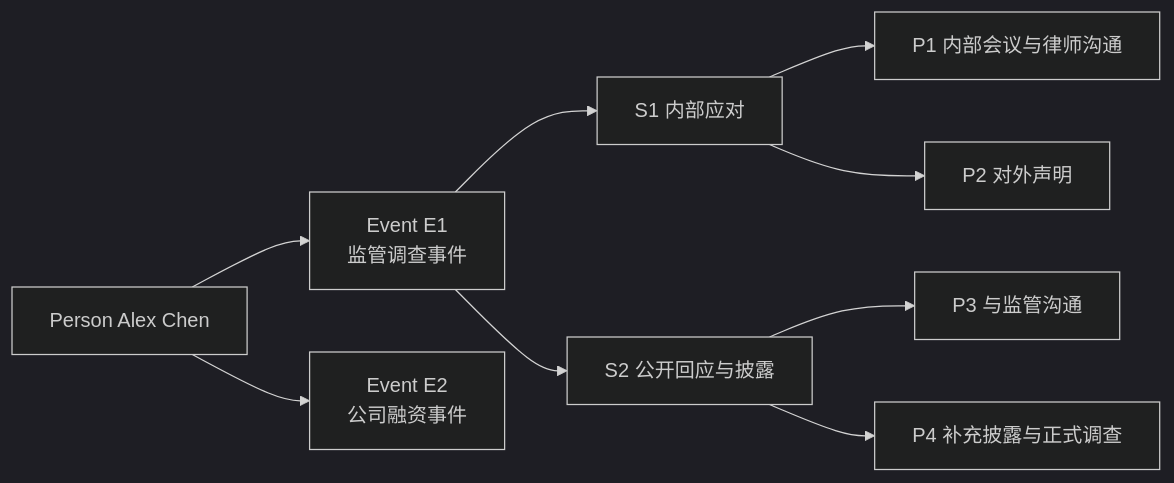
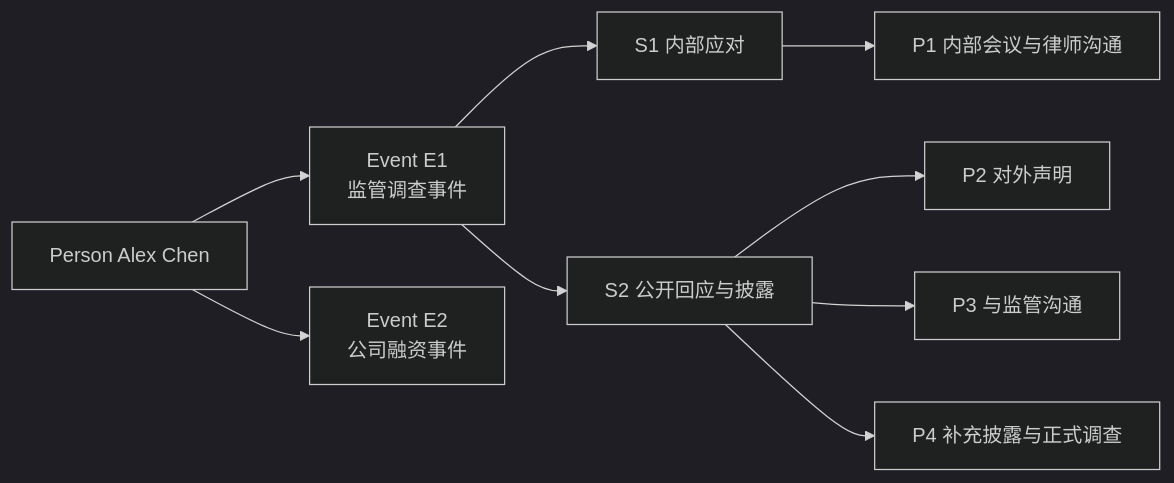
The first of 2 diagrams in docs/structures/6-illustrative-example.md (AgenticFinLab/FinMycelium), drawn with Mermaid (dark theme) before and after one commit. The commit also changed other lines of this file and 8 other files, not shown here.

````diff
--- a/docs/structures/6-illustrative-example.md
+++ b/docs/structures/6-illustrative-example.md
@@ -21,11 +20,11 @@
 ```mermaid
 flowchart LR
     P["Person Alex Chen"] --> E1["Event E1<br/>监管调查事件"]
     P --> E2["Event E2<br/>公司融资事件"]
     E1 --> S1["S1 内部应对"]
     E1 --> S2["S2 公开回应与披露"]
     S1 --> P1["P1 内部会议与律师沟通"]
-    S1 --> P2["P2 对外声明"]
+    S2 --> P2["P2 对外声明"]
     S2 --> P3["P3 与监管沟通"]
     S2 --> P4["P4 补充披露与正式调查"]
 ```
````
